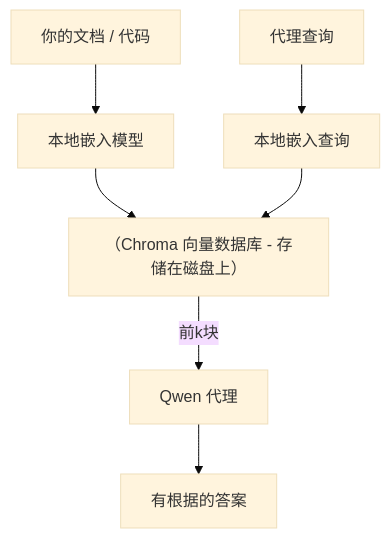
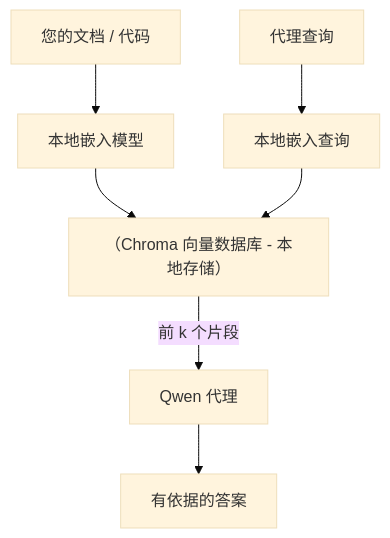
One commit to gabrielmoreira/agent-skills-mirror changed the third of 4 diagrams in mirrors/repos/microsoft@ai-agents-for-beginners/translations/zh-CN/17-creating-local-ai-agents/README.md. Above: the diagram before and after it, drawn with Mermaid (base theme). The commit also changed other lines of this file and 4262 other files, not shown here.

````diff
--- a/mirrors/repos/microsoft@ai-agents-for-beginners/translations/zh-CN/17-creating-local-ai-agents/README.md
+++ b/mirrors/repos/microsoft@ai-agents-for-beginners/translations/zh-CN/17-creating-local-ai-agents/README.md
@@ -125,9 +125,9 @@
 ```mermaid
 flowchart TB
-    D[你的文档 / 代码] --> E[本地嵌入模型]
-    E --> V[（Chroma 向量数据库 - 存储在磁盘上）]
+    D[您的文档 / 代码] --> E[本地嵌入模型]
+    E --> V[（Chroma 向量数据库 - 本地存储）]
     Q[代理查询] --> QE[本地嵌入查询]
     QE --> V
-    V -->|前k块| A[Qwen 代理]
-    A --> Ans[有根据的答案]
+    V -->|前 k 个片段| A[Qwen 代理]
+    A --> Ans[有依据的答案]
 ```
````
